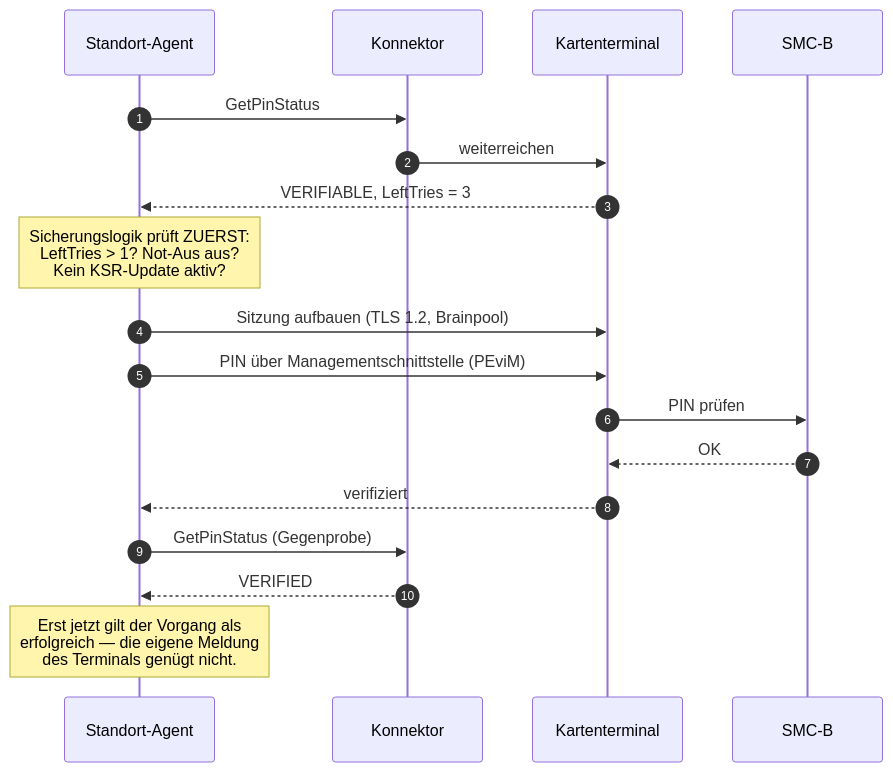
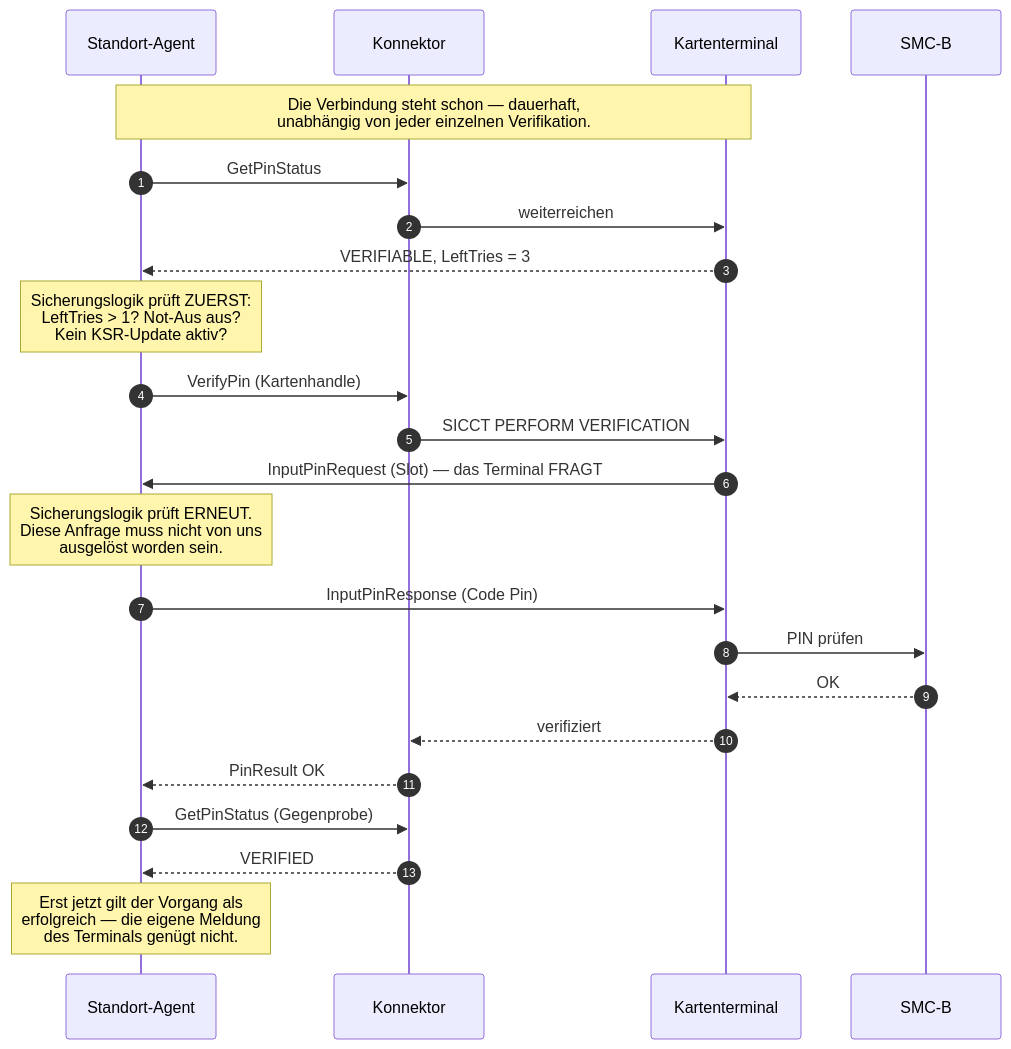
One commit to Mathi66/PIN-Roboter changed the fourth of 12 diagrams in docs/02-architektur.md. Above: the diagram before and after it, drawn with Mermaid. The commit also changed other lines of this file and 33 other files, not shown here.

````diff
--- a/docs/02-architektur.md
+++ b/docs/02-architektur.md
@@ -308,24 +308,32 @@
 ```mermaid
 sequenceDiagram
     autonumber
     participant AG as Standort-Agent
     participant KON as Konnektor
     participant KT as Kartenterminal
     participant C as SMC-B
 
+    Note over AG,KT: Die Verbindung steht schon — dauerhaft,<br/>unabhängig von jeder einzelnen Verifikation.
+
     AG->>KON: GetPinStatus
     KON->>KT: weiterreichen
     KT-->>AG: VERIFIABLE, LeftTries = 3
 
     Note over AG: Sicherungslogik prüft ZUERST:<br/>LeftTries > 1? Not-Aus aus?<br/>Kein KSR-Update aktiv?
 
-    AG->>KT: Sitzung aufbauen (TLS 1.2, Brainpool)
-    AG->>KT: PIN über Managementschnittstelle (PEviM)
+    AG->>KON: VerifyPin (Kartenhandle)
+    KON->>KT: SICCT PERFORM VERIFICATION
+    KT->>AG: InputPinRequest (Slot) — das Terminal FRAGT
+
+    Note over AG: Sicherungslogik prüft ERNEUT.<br/>Diese Anfrage muss nicht von uns<br/>ausgelöst worden sein.
+
+    AG->>KT: InputPinResponse (Code Pin)
     KT->>C: PIN prüfen
     C-->>KT: OK
-    KT-->>AG: verifiziert
+    KT-->>KON: verifiziert
+    KON-->>AG: PinResult OK
     AG->>KON: GetPinStatus (Gegenprobe)
     KON-->>AG: VERIFIED
 
     Note over AG: Erst jetzt gilt der Vorgang als<br/>erfolgreich — die eigene Meldung<br/>des Terminals genügt nicht.
 ```
````
